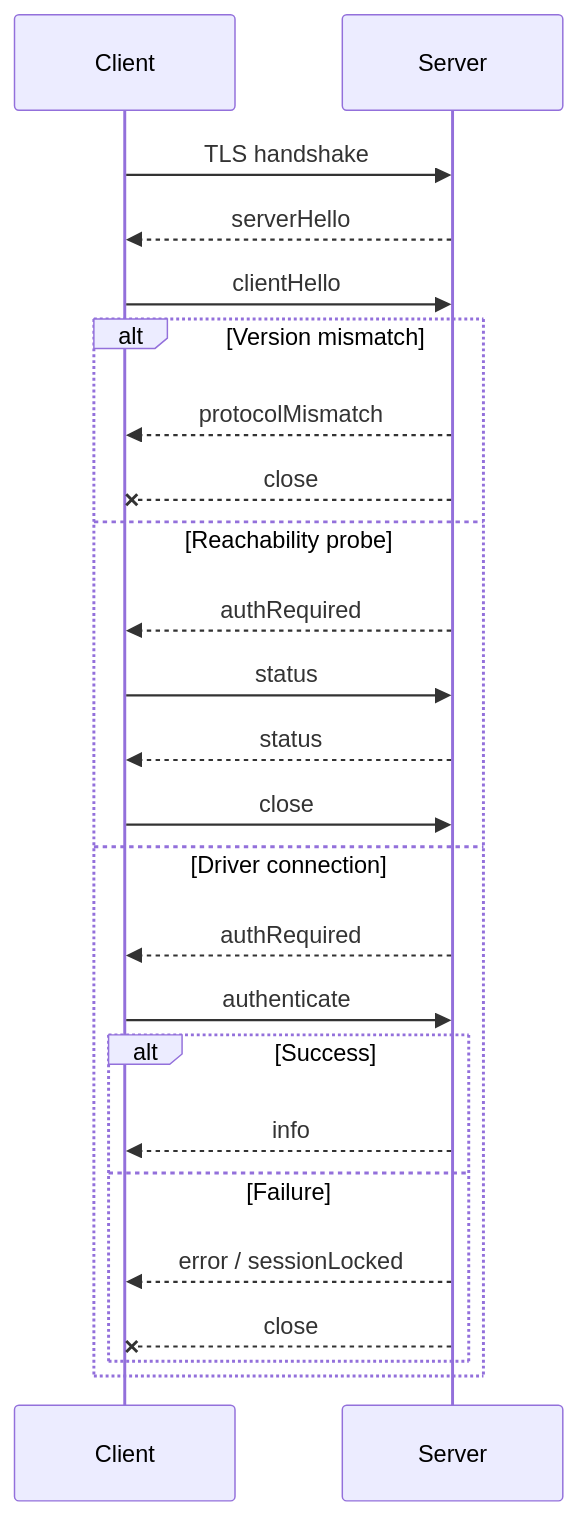
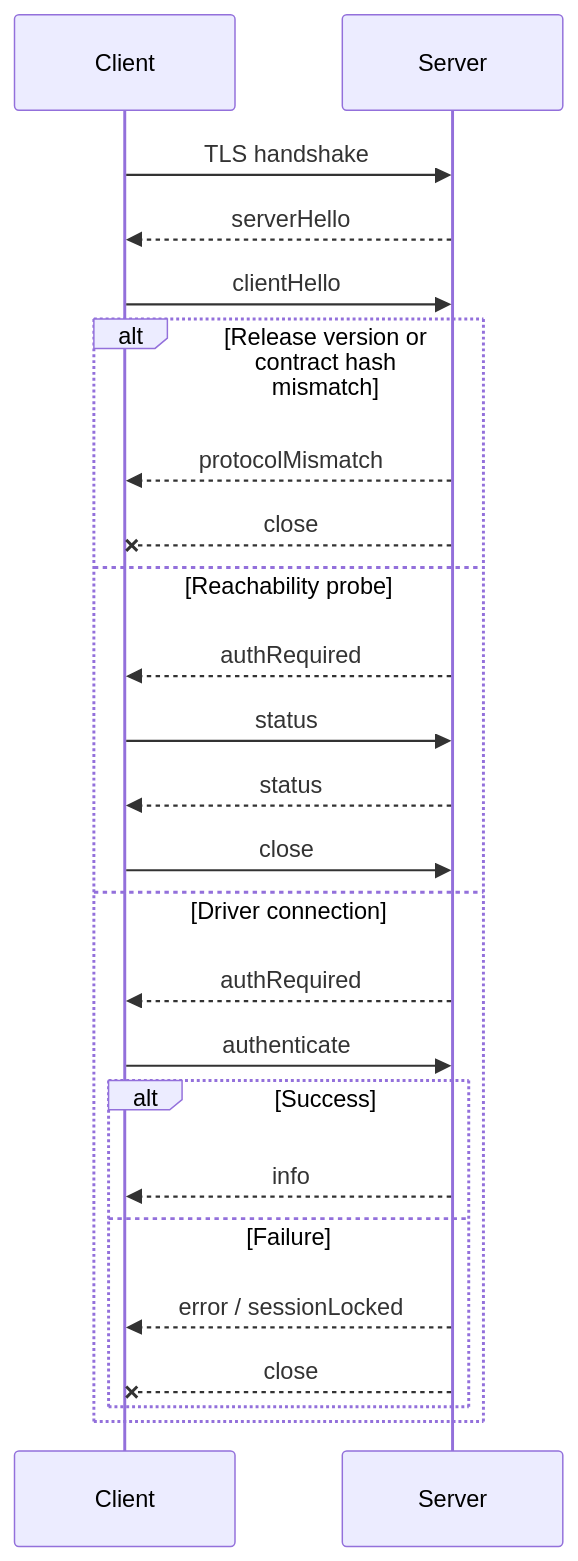
One commit to TheButtonHeist/TheButtonHeist changed the first of 2 diagrams in docs/WIRE-PROTOCOL.md. Above: the diagram before and after it, drawn with Mermaid. The commit also changed other lines of this file and 19 other files, not shown here.

````diff
--- a/docs/WIRE-PROTOCOL.md
+++ b/docs/WIRE-PROTOCOL.md
@@ -108,28 +109,28 @@
 ```mermaid
 sequenceDiagram
     participant Client
     participant Server
 
     Client->>Server: TLS handshake
     Server-->>Client: serverHello
     Client->>Server: clientHello
 
-    alt Version mismatch
+    alt Release version or contract hash mismatch
         Server-->>Client: protocolMismatch
         Server--xClient: close
     else Reachability probe
         Server-->>Client: authRequired
         Client->>Server: status
         Server-->>Client: status
         Client->>Server: close
     else Driver connection
         Server-->>Client: authRequired
         Client->>Server: authenticate
         alt Success
             Server-->>Client: info
         else Failure
             Server-->>Client: error / sessionLocked
             Server--xClient: close
         end
     end
 ```
````
